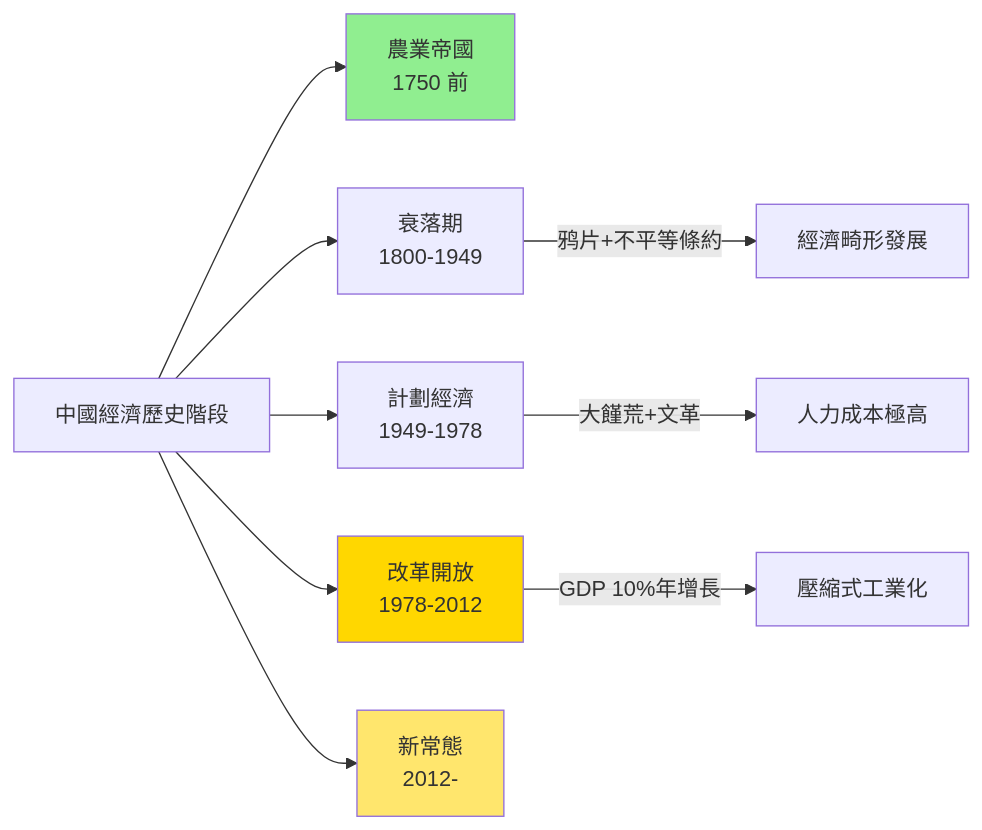
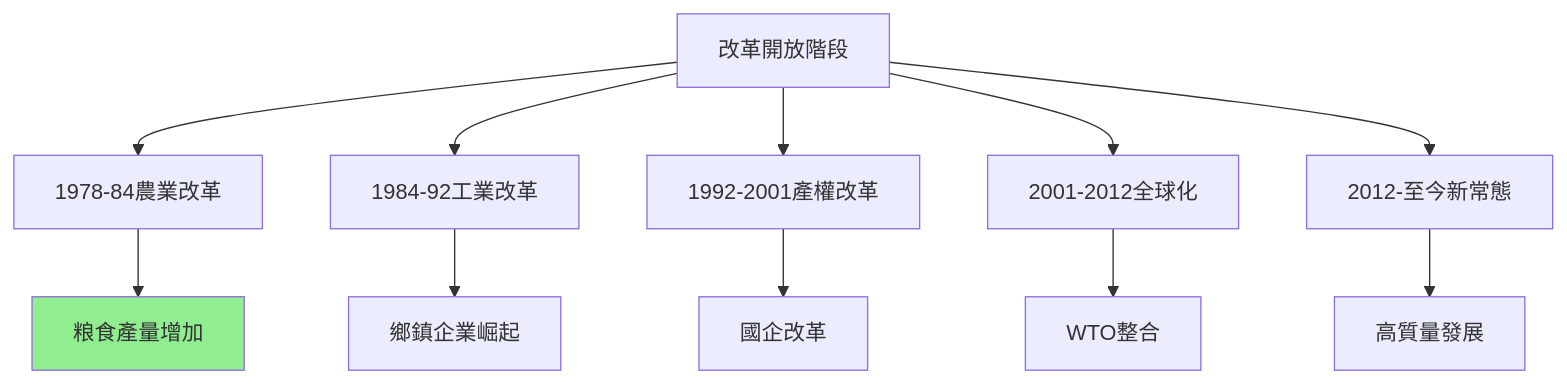
One commit to yip-lgtm/HKU-Harvard-History-Self-Study changed the fifth of 10 diagrams in 01_HKU_Courses/HIST2177_Economic_history_of_modern_China.md. Above: the diagram before and after it, drawn with Mermaid. The commit also changed other lines of this file and 7 other files, not shown here.

````diff
--- a/01_HKU_Courses/HIST2177_Economic_history_of_modern_China.md
+++ b/01_HKU_Courses/HIST2177_Economic_history_of_modern_China.md
@@ -84,14 +245,14 @@
 ```mermaid
-graph LR
-    A["中國經濟歷史階段"] --> B["農業帝國<br/>1750 前"]
-    A --> C["衰落期<br/>1800-1949"]
-    A --> D["計劃經濟<br/>1949-1978"]
-    A --> E["改革開放<br/>1978-2012"]
-    A --> F["新常態<br/>2012-"]
-    C -->|"鸦片+不平等條約"| C1["經濟畸形發展"]
-    D -->|"大饉荒+文革"| D1["人力成本極高"]
-    E -->|"GDP 10%年增長"| E1["壓縮式工業化"]
-    style B fill:#90EE90
-    style E fill:#FFD700
-    style F fill:#FFE66D
+graph TD
+    A["改革開放階段"] --> B["1978-84農業改革"]
+    A --> C["1984-92工業改革"]
+    A --> D["1992-2001產權改革"]
+    A --> E["2001-2012全球化"]
+    A --> F["2012-至今新常態"]
+    B --> G["粮食產量增加"]
+    C --> H["鄉鎮企業崛起"]
+    D --> I["國企改革"]
+    E --> J["WTO整合"]
+    F --> K["高質量發展"]
+    style G fill:#90EE90
 ```
````
